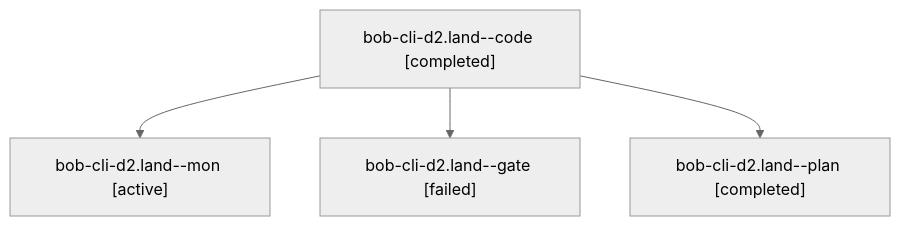
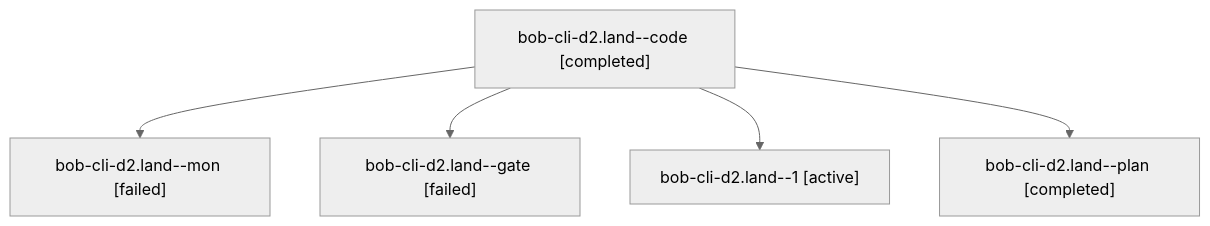
Before and after one commit to bobs-org/bob-cli--agents: the diagram in sessions/bbugyi200.athena.bob-cli-d2.land.md, drawn with Mermaid (neutral theme). The commit also changed other lines of this file and 270 other files, not shown here.

````diff
--- a/sessions/bbugyi200.athena.bob-cli-d2.land.md
+++ b/sessions/bbugyi200.athena.bob-cli-d2.land.md
@@ -9,10 +9,12 @@
 ```mermaid
 flowchart TD
   n0["bob-cli-d2.land--code [completed]"]
-  n1["bob-cli-d2.land--mon [active]"]
+  n1["bob-cli-d2.land--mon [failed]"]
   n0 --> n1
   n2["bob-cli-d2.land--gate [failed]"]
   n0 --> n2
-  n3["bob-cli-d2.land--plan [completed]"]
+  n3["bob-cli-d2.land--1 [active]"]
   n0 --> n3
+  n4["bob-cli-d2.land--plan [completed]"]
+  n0 --> n4
 ```
````
